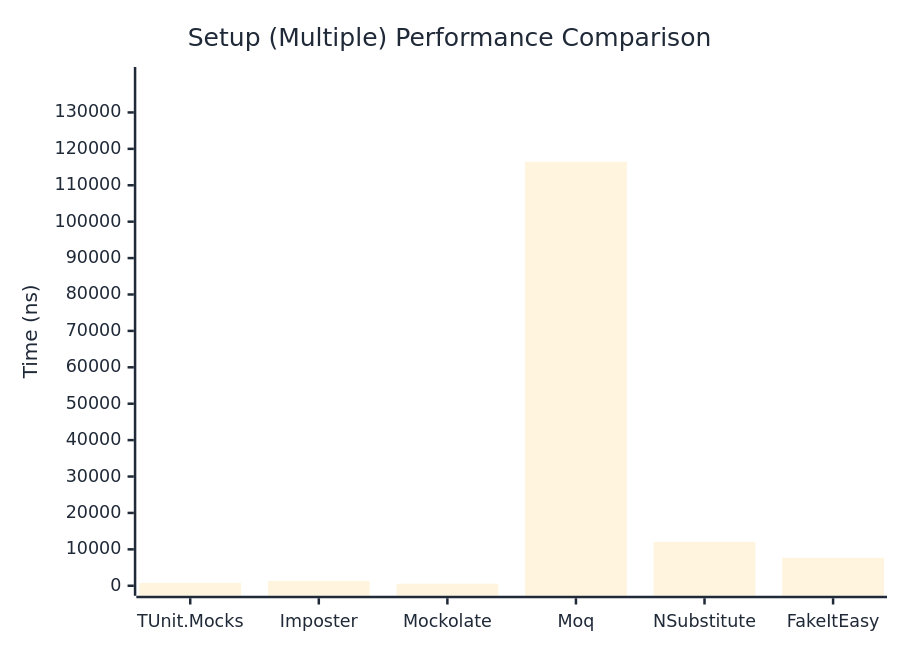
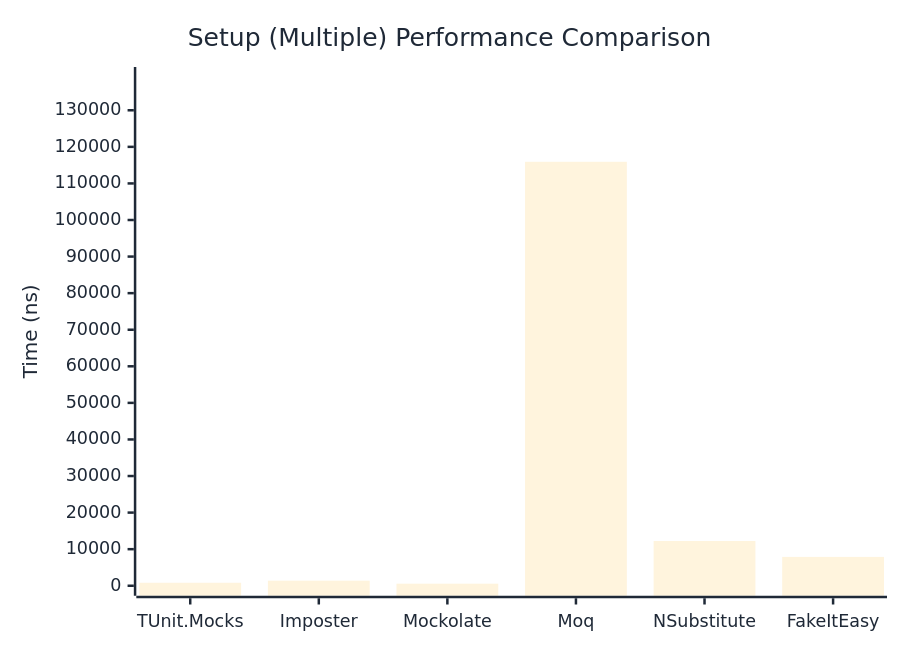
One commit to thomhurst/TUnit changed the second of 2 diagrams in docs/docs/benchmarks/mocks/Setup.md. Above: the diagram before and after it, drawn with Mermaid. The commit also changed other lines of this file and 14 other files, not shown here.

````diff
--- a/docs/docs/benchmarks/mocks/Setup.md
+++ b/docs/docs/benchmarks/mocks/Setup.md
@@ -71,27 +71,27 @@
 ```mermaid
 %%{init: {
   'theme':'base',
   'themeVariables': {
     'primaryColor': '#2563eb',
     'primaryTextColor': '#1f2937',
     'primaryBorderColor': '#1e40af',
     'lineColor': '#6b7280',
     'secondaryColor': '#7c3aed',
     'tertiaryColor': '#dc2626',
     'background': '#ffffff',
     'pie1': '#2563eb',
     'pie2': '#7c3aed',
     'pie3': '#dc2626',
     'pie4': '#f59e0b',
     'pie5': '#10b981',
     'pie6': '#06b6d4',
     'pie7': '#ec4899',
     'pie8': '#6366f1'
   }
 }}%%
 xychart-beta
   title "Setup (Multiple) Performance Comparison"
   x-axis ["TUnit.Mocks", "Imposter", "Mockolate", "Moq", "NSubstitute", "FakeItEasy"]
-  y-axis "Time (ns)" 0 --> 139736
-  bar [781.1, 1344.7, 554.7, 116446.6, 12051.2, 7670.5]
+  y-axis "Time (ns)" 0 --> 139098
+  bar [820.2, 1384.1, 565.6, 115914.6, 12231.5, 7889.1]
 ```
````
